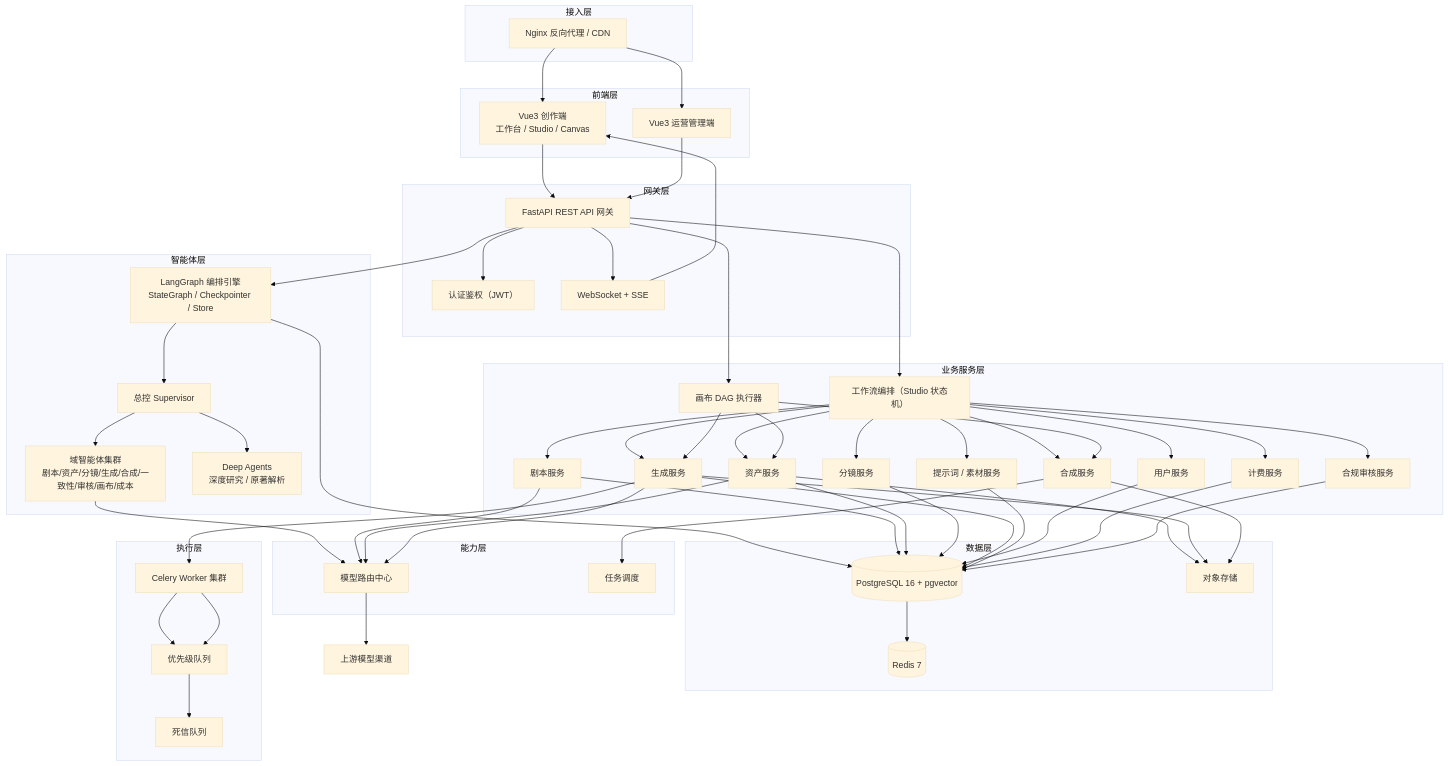
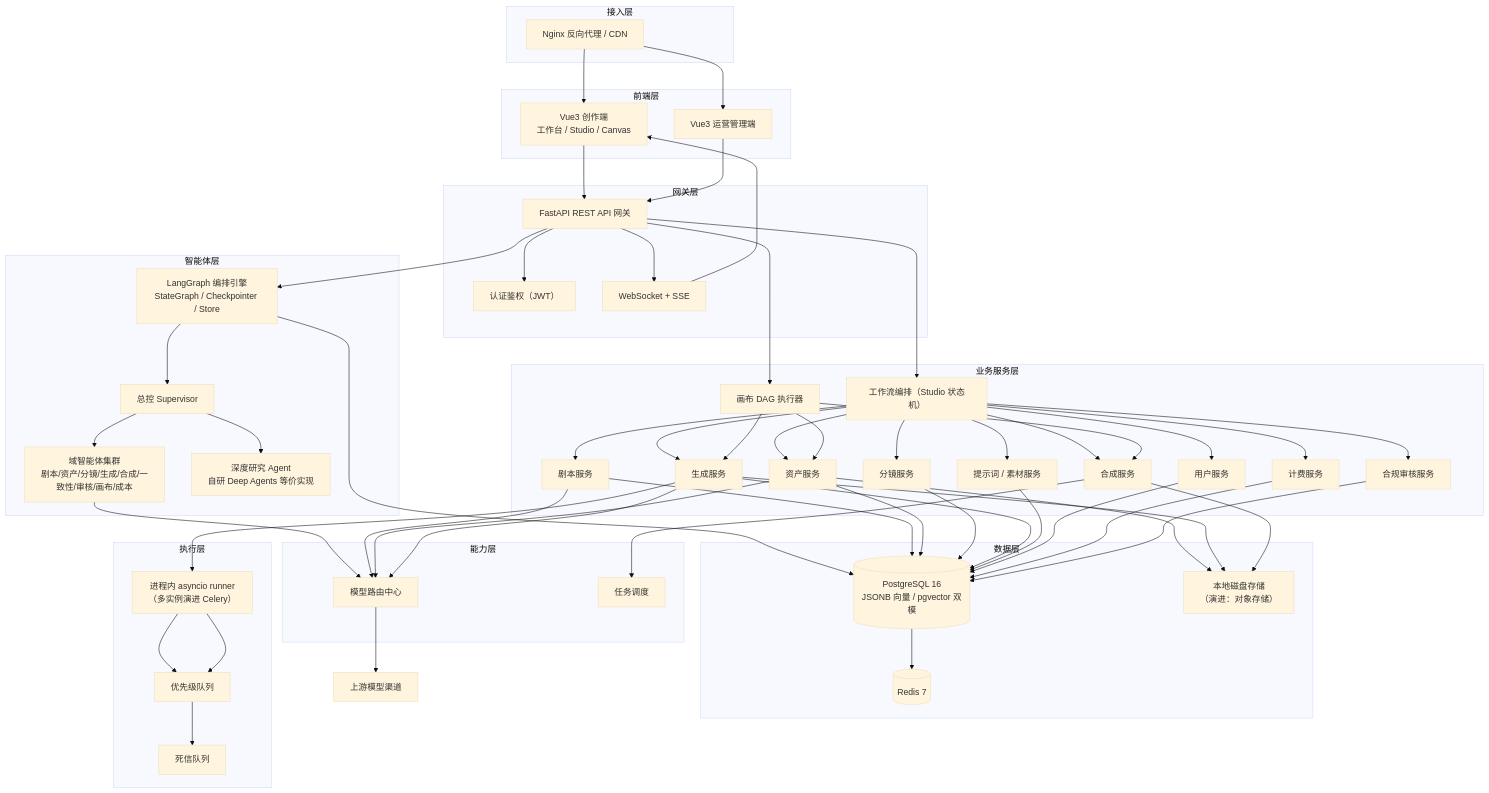
The first of 8 diagrams in 项目开发文档/漫序 MangaFlow 项目架构设计与数据库设计文档 V1.1.md (xiaoyixiong1014-pixel/MangaFlow), drawn with Mermaid (base theme) before and after one commit. The commit also changed other lines of this file and 246 other files, not shown here.

```diff
--- a/项目开发文档/漫序 MangaFlow 项目架构设计与数据库设计文档 V1.1.md
+++ b/项目开发文档/漫序 MangaFlow 项目架构设计与数据库设计文档 V1.1.md
@@ -82,7 +83,7 @@
         LG["LangGraph 编排引擎<br/>StateGraph / Checkpointer / Store"]
         SUP["总控 Supervisor"]
         AGENTS["域智能体集群<br/>剧本/资产/分镜/生成/合成/一致性/审核/画布/成本"]
-        DEEP["Deep Agents<br/>深度研究 / 原著解析"]
+        DEEP["深度研究 Agent<br/>自研 Deep Agents 等价实现"]
     end
 
     subgraph 业务服务层
@@ -105,13 +106,13 @@
     end
 
     subgraph 数据层
-        PG[("PostgreSQL 16 + pgvector")]
+        PG[("PostgreSQL 16<br/>JSONB 向量 / pgvector 双模")]
         REDIS[("Redis 7")]
-        OSS["对象存储"]
+        OSS["本地磁盘存储<br/>（演进：对象存储）"]
     end
 
     subgraph 执行层
-        CELERY["Celery Worker 集群"]
+        CELERY["进程内 asyncio runner<br/>（多实例演进 Celery）"]
         QUEUE["优先级队列"]
         DLQ["死信队列"]
     end
```
